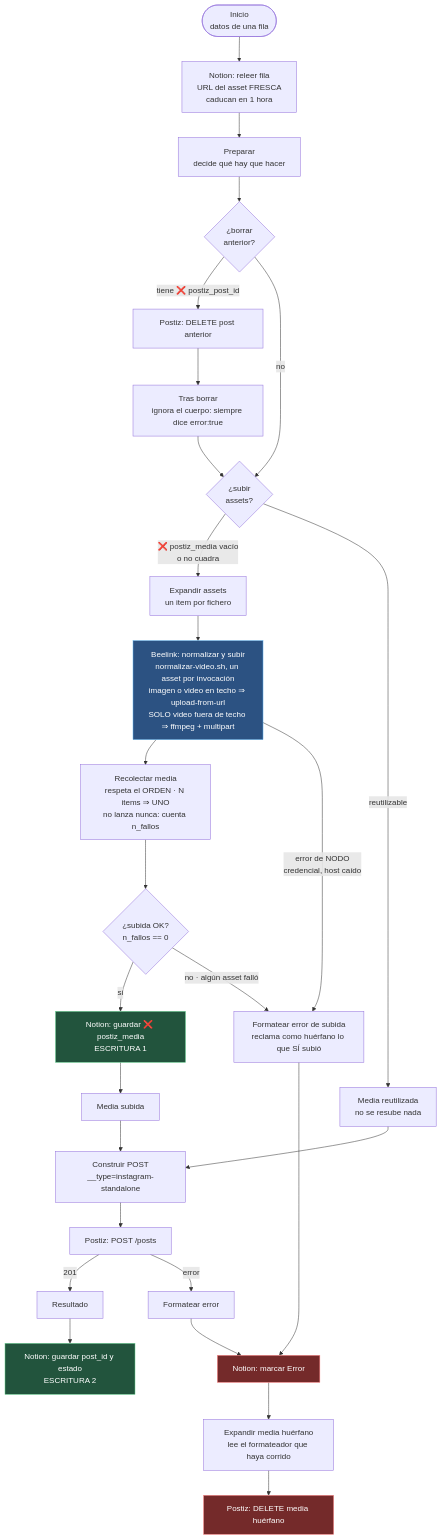
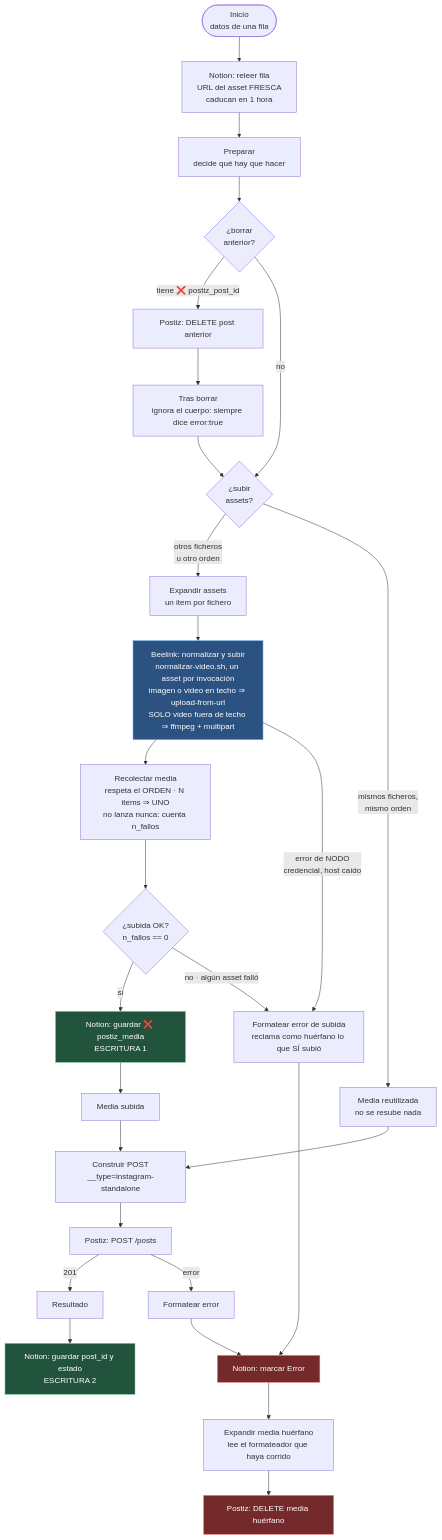
One commit to dustin-calderon/postiz-app changed the fourth of 11 diagrams in docs/architecture/CONTENT_PIPELINE_DIAGRAMS.md. Above: the diagram before and after it, drawn with Mermaid. The commit also changed other lines of this file and 2 other files, not shown here.

````diff
--- a/docs/architecture/CONTENT_PIPELINE_DIAGRAMS.md
+++ b/docs/architecture/CONTENT_PIPELINE_DIAGRAMS.md
@@ -150,41 +150,41 @@
 ```mermaid
 flowchart TD
     INI(["Inicio<br/>datos de una fila"]) --> RELEER["Notion: releer fila<br/>URL del asset FRESCA<br/>caducan en 1 hora"]
     RELEER --> PREP["Preparar<br/>decide qué hay que hacer"]
 
     PREP --> QDEL{"¿borrar<br/>anterior?"}
     QDEL -->|"tiene ❌ postiz_post_id"| DEL["Postiz: DELETE post anterior"]
     DEL --> TRAS["Tras borrar<br/>ignora el cuerpo: siempre dice error:true"]
     QDEL -->|no| QUP
     TRAS --> QUP{"¿subir<br/>assets?"}
 
-    QUP -->|"❌ postiz_media vacío<br/>o no cuadra"| EXP["Expandir assets<br/>un item por fichero"]
+    QUP -->|"otros ficheros<br/>u otro orden"| EXP["Expandir assets<br/>un item por fichero"]
     EXP --> UP["Beelink: normalizar y subir<br/>normalizar-video.sh, un asset por invocación<br/>imagen o video en techo ⇒ upload-from-url<br/>SOLO video fuera de techo ⇒ ffmpeg + multipart"]
     UP --> REC["Recolectar media<br/>respeta el ORDEN · N items ⇒ UNO<br/>no lanza nunca: cuenta n_fallos"]
     REC --> QOK{"¿subida OK?<br/>n_fallos == 0"}
     QOK -->|sí| GM["Notion: guardar ❌ postiz_media<br/>ESCRITURA 1"]
     GM --> MS["Media subida"]
 
-    QUP -->|"reutilizable"| MR["Media reutilizada<br/>no se resube nada"]
+    QUP -->|"mismos ficheros,<br/>mismo orden"| MR["Media reutilizada<br/>no se resube nada"]
 
     MS --> CONS["Construir POST<br/>__type=instagram-standalone"]
     MR --> CONS
     CONS --> POST["Postiz: POST /posts"]
 
     POST -->|"201"| RES["Resultado"]
     RES --> GID["Notion: guardar post_id y estado<br/>ESCRITURA 2"]
 
     POST -->|"error"| FE["Formatear error"]
     QOK -->|"no · algún asset falló"| FES["Formatear error de subida<br/>reclama como huérfano lo que SÍ subió"]
     UP -->|"error de NODO<br/>credencial, host caído"| FES
     FE --> ME["Notion: marcar Error"]
     FES --> ME
     ME --> EXPH["Expandir media huérfano<br/>lee el formateador que haya corrido"]
     EXPH --> DELM["Postiz: DELETE media huérfano"]
 
     style UP fill:#2c5282,stroke:#63b3ed,color:#fff
     style GM fill:#22543d,stroke:#68d391,color:#fff
     style GID fill:#22543d,stroke:#68d391,color:#fff
     style ME fill:#742a2a,stroke:#fc8181,color:#fff
     style DELM fill:#742a2a,stroke:#fc8181,color:#fff
 ```
````
